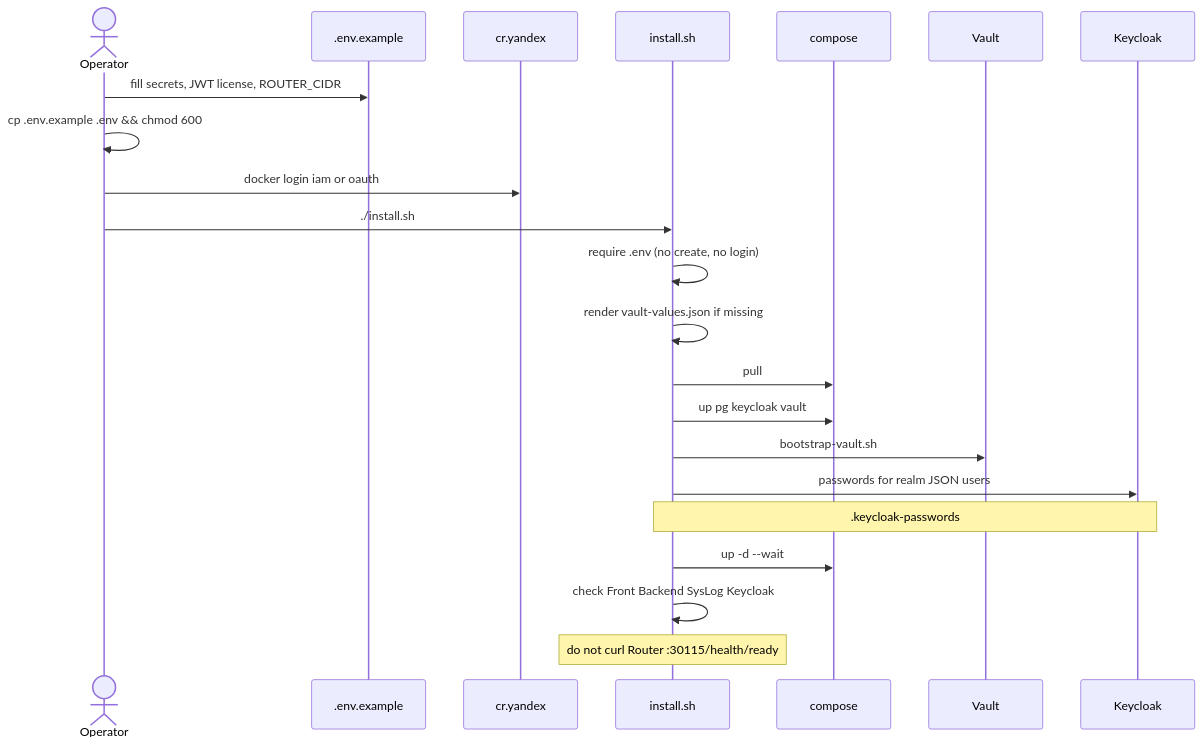
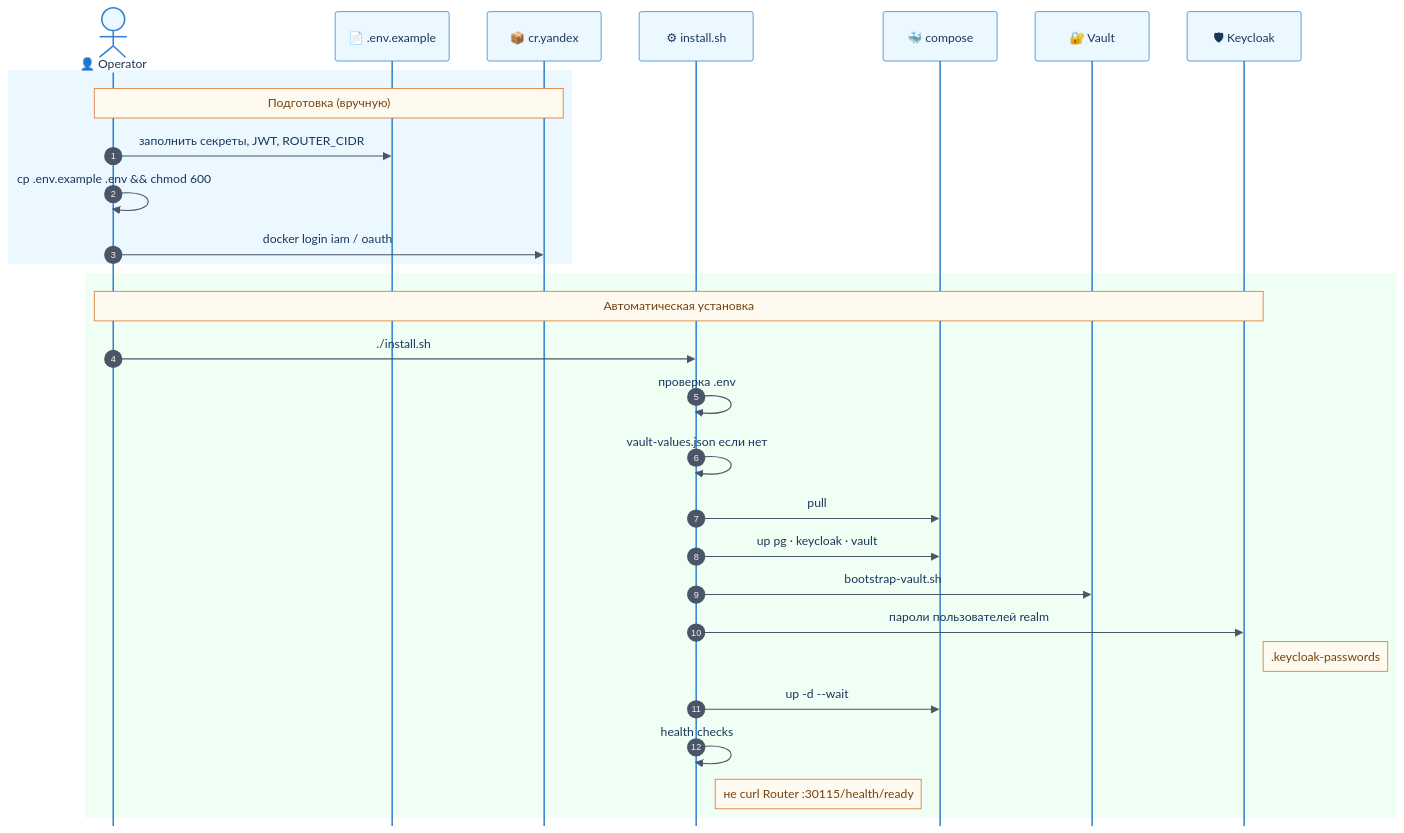
One commit to rightsoftware-ru/unicnet.enterprise changed the diagram in diagrams/install-flow.mmd. Above: the diagram before and after it, drawn with Mermaid. The commit also changed 6 other files, not shown here.

First line of the commit message:
Refresh deployment docs and redesign architecture diagrams.

```diff
--- a/diagrams/install-flow.mmd
+++ b/diagrams/install-flow.mmd
@@ -1,23 +1,55 @@
+%%{init: {
+  'theme': 'base',
+  'themeVariables': {
+    'primaryColor': '#ebf8ff',
+    'primaryTextColor': '#1a365d',
+    'primaryBorderColor': '#3182ce',
+    'secondaryColor': '#f0fff4',
+    'secondaryTextColor': '#234e52',
+    'secondaryBorderColor': '#38a169',
+    'tertiaryColor': '#faf5ff',
+    'tertiaryTextColor': '#553c9a',
+    'tertiaryBorderColor': '#805ad5',
+    'actorBkg': '#ebf8ff',
+    'actorBorder': '#3182ce',
+    'actorTextColor': '#1a365d',
+    'signalColor': '#4a5568',
+    'noteBkgColor': '#fffaf0',
+    'noteBorderColor': '#dd6b20',
+    'noteTextColor': '#744210',
+    'fontFamily': 'Segoe UI, system-ui, sans-serif',
+    'fontSize': '14px'
+  },
+  'sequence': { 'mirrorActors': false, 'boxMargin': 12, 'messageMargin': 40 }
+}}%%
 sequenceDiagram
-  actor Op as Operator
-  participant Env as .env.example
-  participant YCR as cr.yandex
-  participant S as install.sh
-  participant C as compose
-  participant V as Vault
-  participant KC as Keycloak
+  autonumber
+  actor Op as 👤 Operator
+  participant Env as 📄 .env.example
+  participant YCR as 📦 cr.yandex
+  participant S as ⚙ install.sh
+  participant C as 🐳 compose
+  participant V as 🔐 Vault
+  participant KC as 🛡 Keycloak
 
-  Op->>Env: fill secrets, JWT license, ROUTER_CIDR
-  Op->>Op: cp .env.example .env && chmod 600
-  Op->>YCR: docker login iam or oauth
-  Op->>S: ./install.sh
-  S->>S: require .env (no create, no login)
-  S->>S: render vault-values.json if missing
-  S->>C: pull
-  S->>C: up pg keycloak vault
-  S->>V: bootstrap-vault.sh
-  S->>KC: passwords for realm JSON users
-  Note over S,KC: .keycloak-passwords
-  S->>C: up -d --wait
-  S->>S: check Front Backend SysLog Keycloak
-  Note over S: do not curl Router :30115/health/ready
+  rect rgb(235, 248, 255)
+    Note over Op,YCR: Подготовка (вручную)
+    Op->>Env: заполнить секреты, JWT, ROUTER_CIDR
+    Op->>Op: cp .env.example .env && chmod 600
+    Op->>YCR: docker login iam / oauth
+  end
+
+  rect rgb(240, 255, 244)
+    Note over Op,KC: Автоматическая установка
+    Op->>S: ./install.sh
+    S->>S: проверка .env
+    S->>S: vault-values.json если нет
+    S->>C: pull
+    S->>C: up pg · keycloak · vault
+    S->>V: bootstrap-vault.sh
+    S->>KC: пароли пользователей realm
+    Note right of KC: .keycloak-passwords
+    S->>C: up -d --wait
+    S->>S: health checks
+    Note right of S: не curl Router :30115/health/ready
+  end
```
